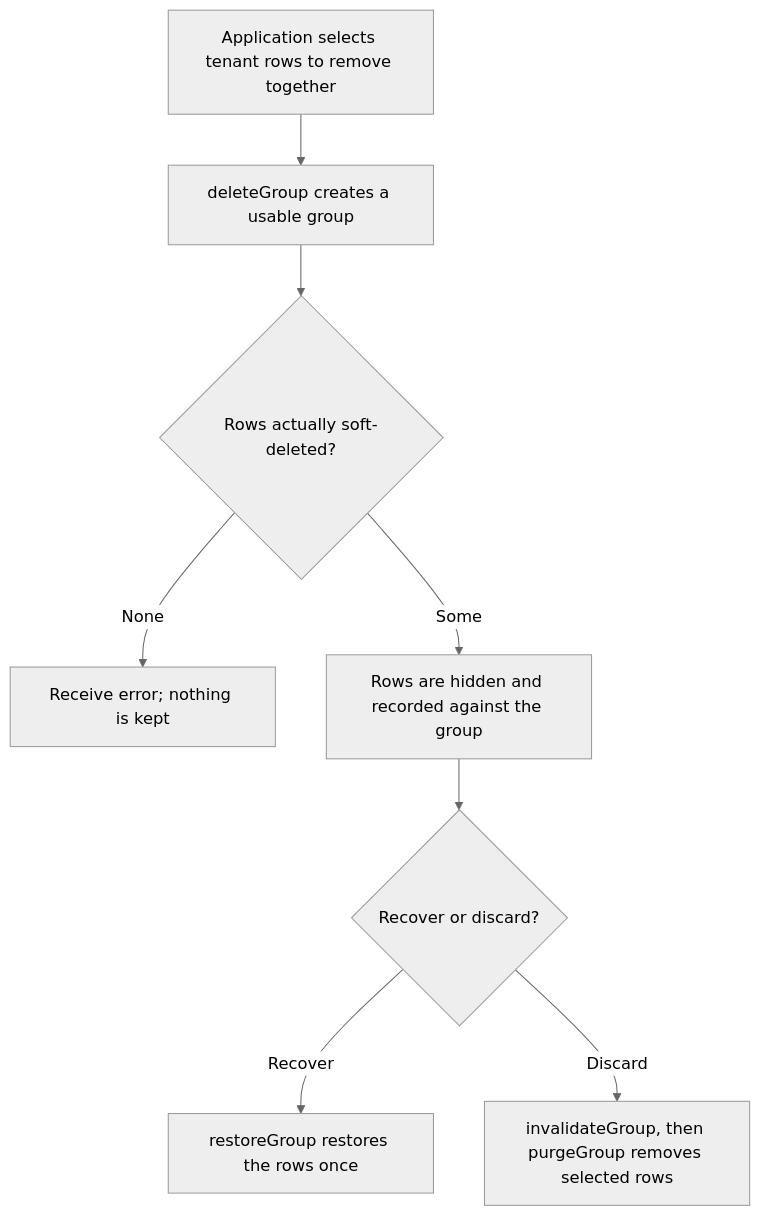
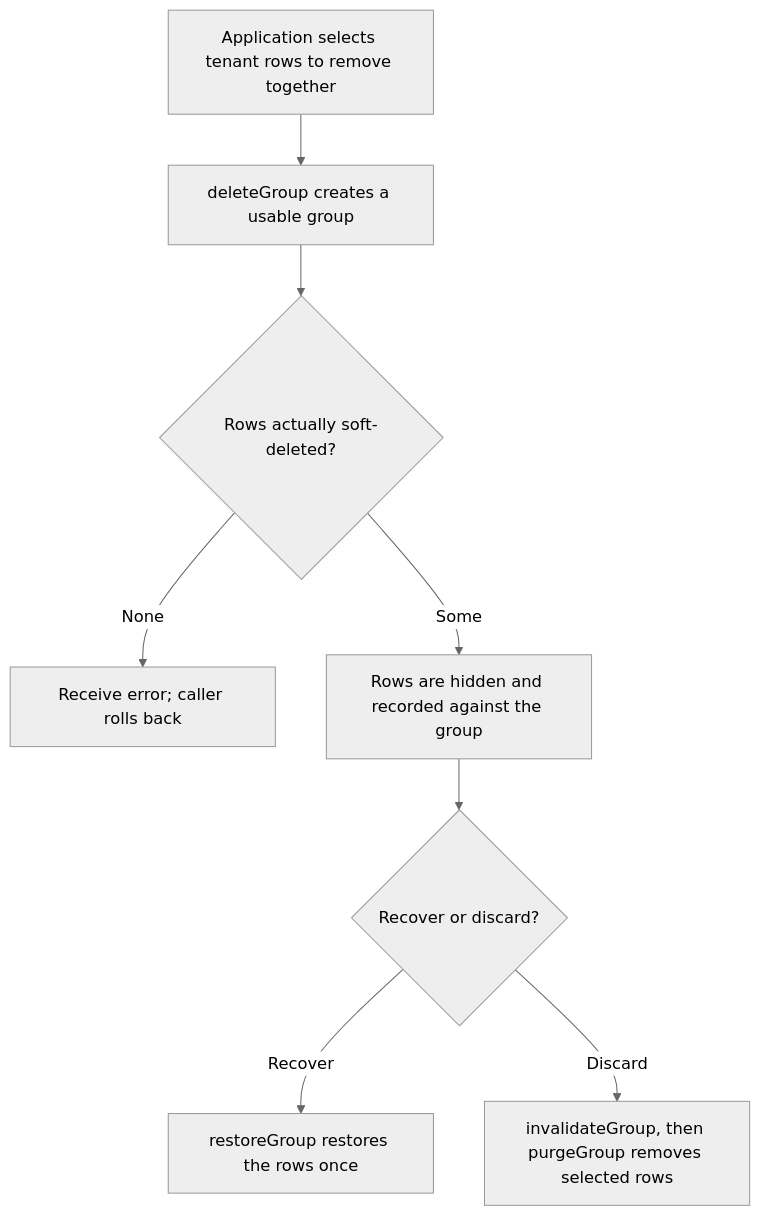
Before and after one commit to Kevinjohn/oss-adonisjs-lucid-soft-delete: the first of 2 diagrams in user-stories/example-apps/us-demo-05-group-recovery.md, drawn with Mermaid (neutral theme). The commit also changed other lines of this file and 5 other files, not shown here.

````diff
--- a/user-stories/example-apps/us-demo-05-group-recovery.md
+++ b/user-stories/example-apps/us-demo-05-group-recovery.md
@@ -22,10 +22,10 @@
 ```mermaid
 flowchart TD
     A["Application selects tenant rows to remove together"] --> B["deleteGroup creates a usable group"]
     B --> C{"Rows actually soft-deleted?"}
-    C -->|None| D["Receive error; nothing is kept"]
+    C -->|None| D["Receive error; caller rolls back"]
     C -->|Some| E["Rows are hidden and recorded against the group"]
     E --> F{"Recover or discard?"}
     F -->|Recover| G["restoreGroup restores the rows once"]
     F -->|Discard| H["invalidateGroup, then purgeGroup removes selected rows"]
 ```
````
